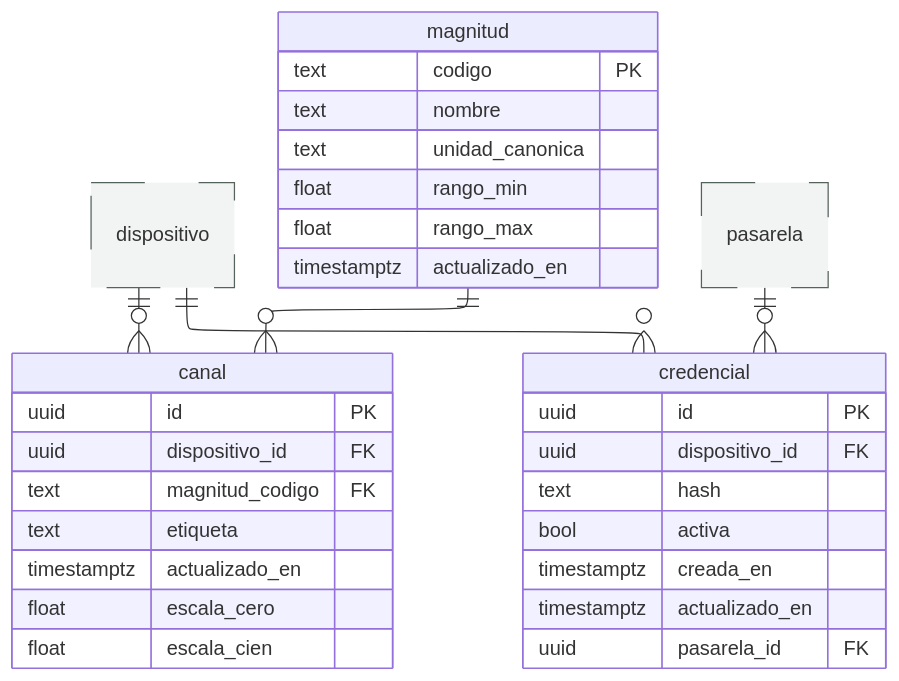
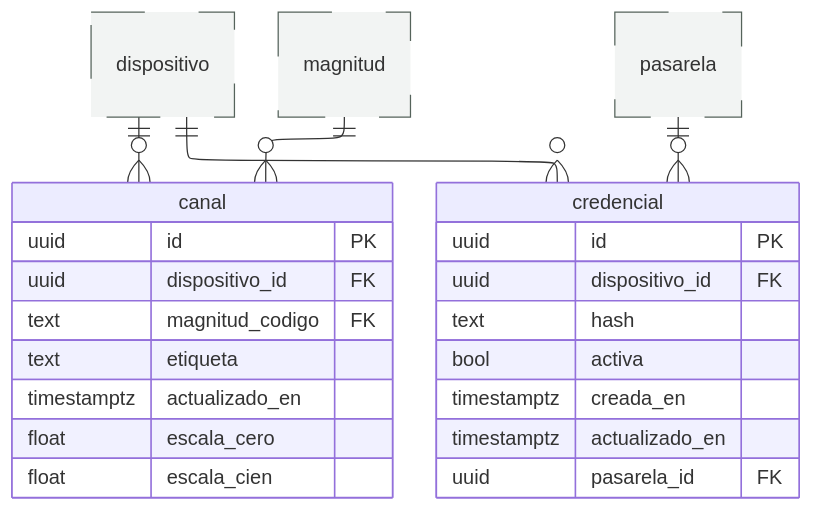
The diagram in informe-oficial/figuras/mermaid/modelo-sitios-y-dispositivos-3.mmd (vicenterami/tesis), drawn with Mermaid before and after one commit. The commit also changed 36 other files, not shown here.

```diff
--- a/informe-oficial/figuras/mermaid/modelo-sitios-y-dispositivos-3.mmd
+++ b/informe-oficial/figuras/mermaid/modelo-sitios-y-dispositivos-3.mmd
@@ -1,42 +1,36 @@
 ---
 config:
   layout: elk
   er:
     entityPadding: 6
     minEntityWidth: 60
 ---
 erDiagram
     dispositivo ||--o{ canal : ""
     dispositivo ||--o{ credencial : ""
     magnitud ||--o{ canal : ""
     pasarela ||--o{ credencial : ""
     canal {
         uuid id PK
         uuid dispositivo_id FK
         text magnitud_codigo FK
         text etiqueta
         timestamptz actualizado_en
         float escala_cero
         float escala_cien
     }
     credencial {
         uuid id PK
         uuid dispositivo_id FK
         text hash
         bool activa
         timestamptz creada_en
         timestamptz actualizado_en
         uuid pasarela_id FK
     }
-    magnitud {
-        text codigo PK
-        text nombre
-        text unidad_canonica
-        float rango_min
-        float rango_max
-        timestamptz actualizado_en
-    }
     dispositivo
+    magnitud
     pasarela
     style dispositivo fill:#F2F4F3,stroke:#55635B,stroke-dasharray:4 3
+    style magnitud fill:#F2F4F3,stroke:#55635B,stroke-dasharray:4 3
     style pasarela fill:#F2F4F3,stroke:#55635B,stroke-dasharray:4 3
```
